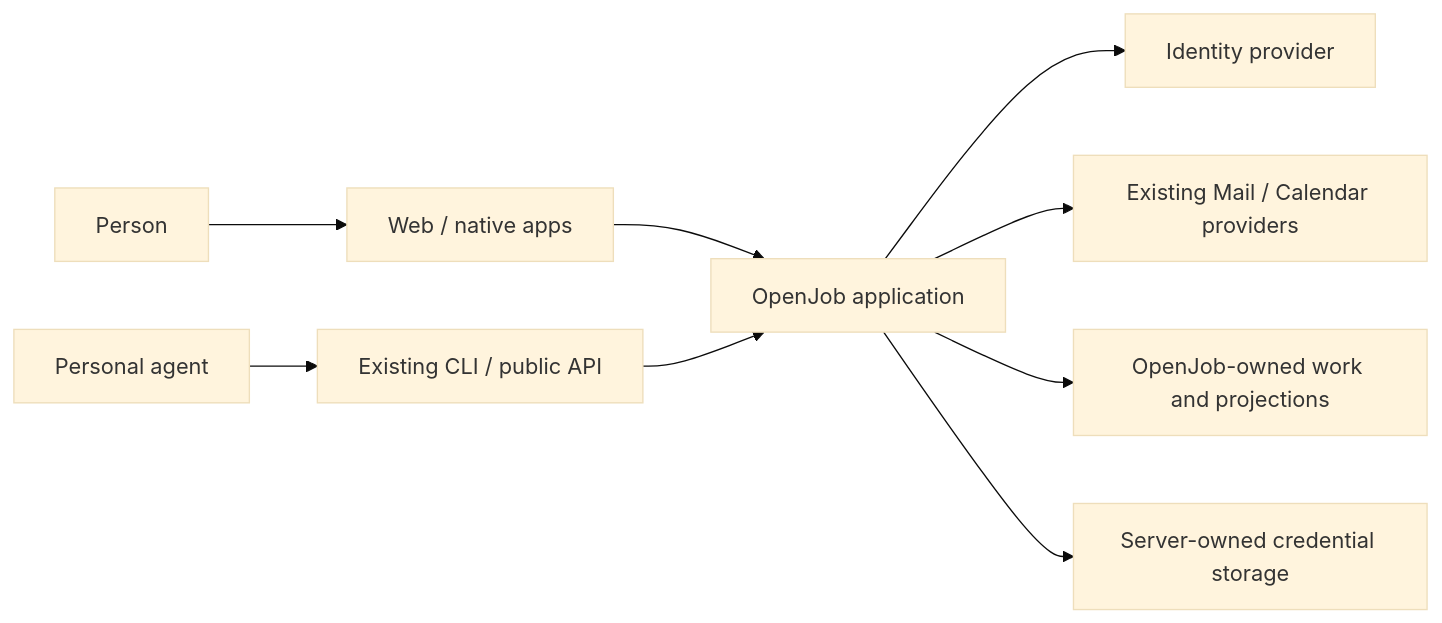
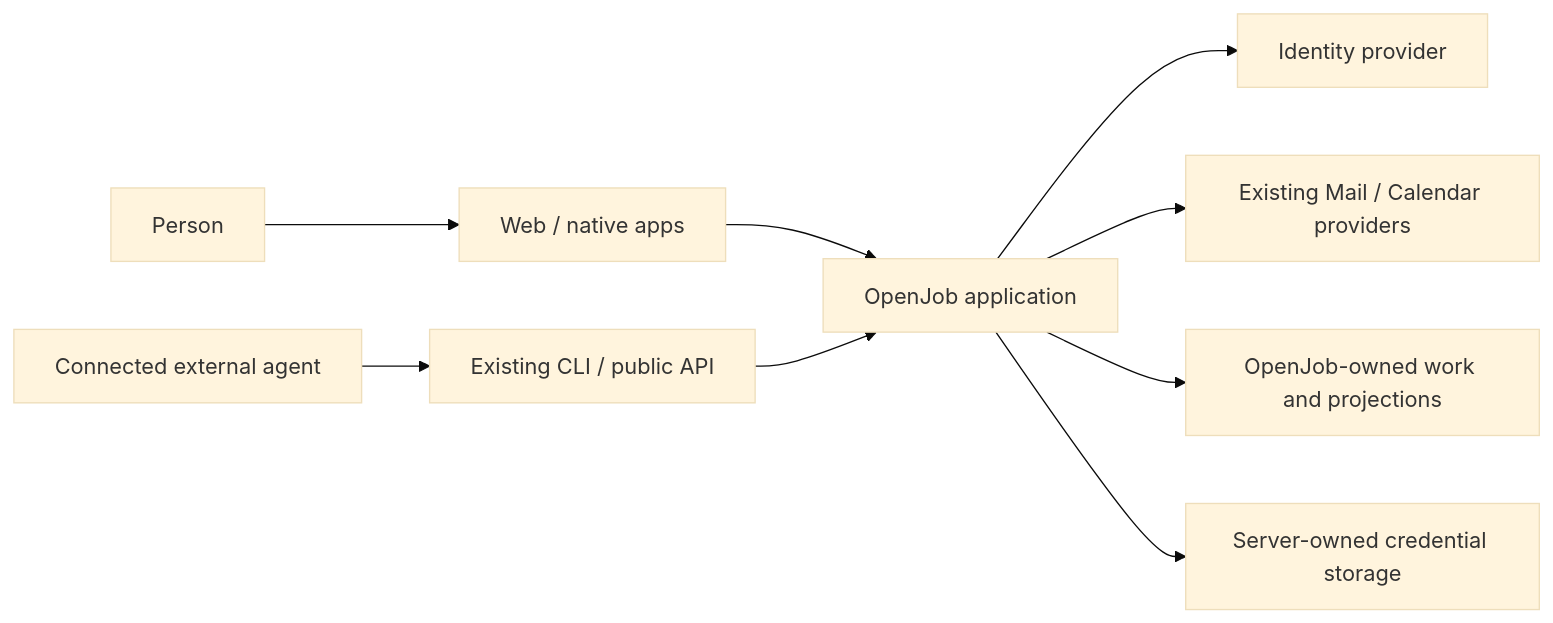
Before and after one commit to scwlkr/openjob: the first of 2 diagrams in docs/PLATFORM_ARCHITECTURE.md, drawn with Mermaid (base theme). The commit also changed other lines of this file and 19 other files, not shown here.

Commit message:
docs(WLK-310): reconcile owner-confirmed workspace architecture

````diff
--- a/docs/PLATFORM_ARCHITECTURE.md
+++ b/docs/PLATFORM_ARCHITECTURE.md
@@ -95,11 +97,11 @@
 ```mermaid
 flowchart LR
   Person[Person] --> UI[Web / native apps]
-  Agent[Personal agent] --> CLI[Existing CLI / public API]
+  Agent[Connected external agent] --> CLI[Existing CLI / public API]
   UI --> App[OpenJob application]
   CLI --> App
   App --> Identity[Identity provider]
   App --> Providers[Existing Mail / Calendar providers]
   App --> Data[OpenJob-owned work and projections]
   App --> Secrets[Server-owned credential storage]
 ```
````
